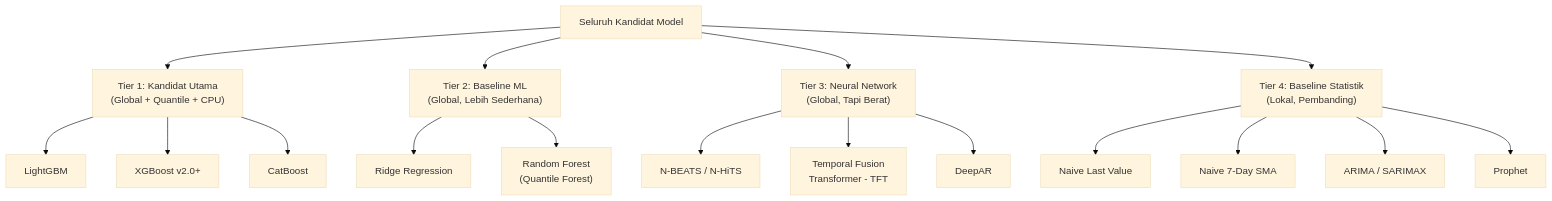
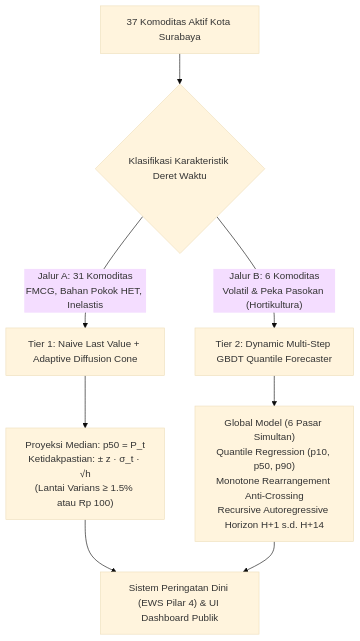
The first of 3 diagrams in docs/forecasting_methodology.md (Arfiadi/hargawatch-surabaya), drawn with Mermaid (base theme) before and after one commit. The commit also changed other lines of this file and 1 other file, not shown here.

Commit message:
docs(methodology): update forecasting and EWS methodology to reflect two-tier production architecture

````diff
--- a/docs/forecasting_methodology.md
+++ b/docs/forecasting_methodology.md
@@ -51,23 +21,13 @@
 ```mermaid
 graph TD
-    A["Seluruh Kandidat Model"] --> B["Tier 1: Kandidat Utama<br/>(Global + Quantile + CPU)"]
-    A --> C["Tier 2: Baseline ML<br/>(Global, Lebih Sederhana)"]
-    A --> D["Tier 3: Neural Network<br/>(Global, Tapi Berat)"]
-    A --> E["Tier 4: Baseline Statistik<br/>(Lokal, Pembanding)"]
-
-    B --> B1["LightGBM"]
-    B --> B2["XGBoost v2.0+"]
-    B --> B3["CatBoost"]
-
-    C --> C1["Ridge Regression"]
-    C --> C2["Random Forest<br/>(Quantile Forest)"]
-
-    D --> D1["N-BEATS / N-HiTS"]
-    D --> D2["Temporal Fusion<br/>Transformer - TFT"]
-    D --> D3["DeepAR"]
-
-    E --> E1["Naive Last Value"]
-    E --> E2["Naive 7-Day SMA"]
-    E --> E3["ARIMA / SARIMAX"]
-    E --> E4["Prophet"]
+    A["37 Komoditas Aktif Kota Surabaya"] --> B{"Klasifikasi Karakteristik Deret Waktu"}
+    
+    B -->|"Jalur A: 31 Komoditas<br/>FMCG, Bahan Pokok HET, Inelastis"| C["Tier 1: Naive Last Value + Adaptive Diffusion Cone"]
+    B -->|"Jalur B: 6 Komoditas<br/>Volatil & Peka Pasokan (Hortikultura)"| D["Tier 2: Dynamic Multi-Step GBDT Quantile Forecaster"]
+    
+    C --> C1["Proyeksi Median: p50 = P_t<br/>Ketidakpastian: ± z · σ_t · √h<br/>(Lantai Varians ≥ 1.5% atau Rp 100)"]
+    D --> D1["Global Model (6 Pasar Simultan)<br/>Quantile Regression (p10, p50, p90)<br/>Monotone Rearrangement Anti-Crossing<br/>Recursive Autoregressive Horizon H+1 s.d. H+14"]
+    
+    C1 --> E["Sistem Peringatan Dini (EWS Pilar 4) & UI Dashboard Publik"]
+    D1 --> E
 ```
````
